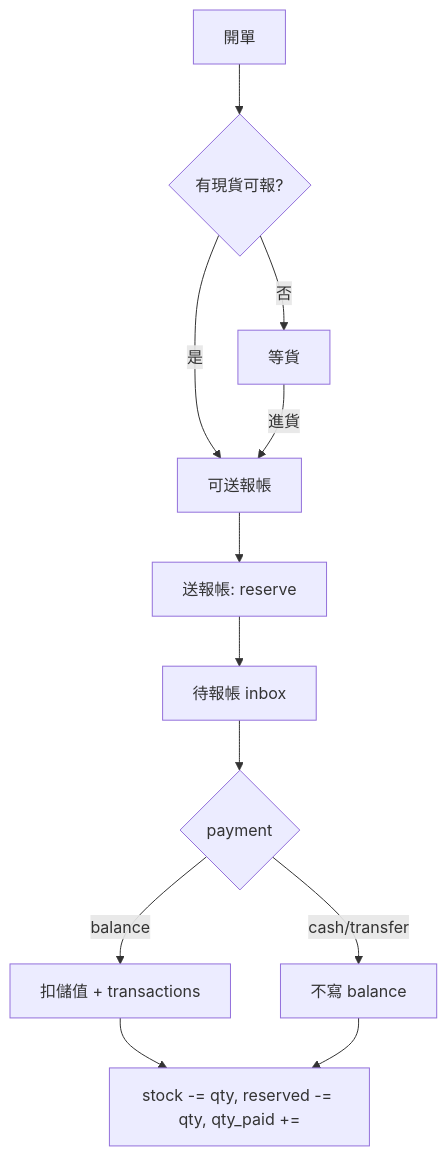
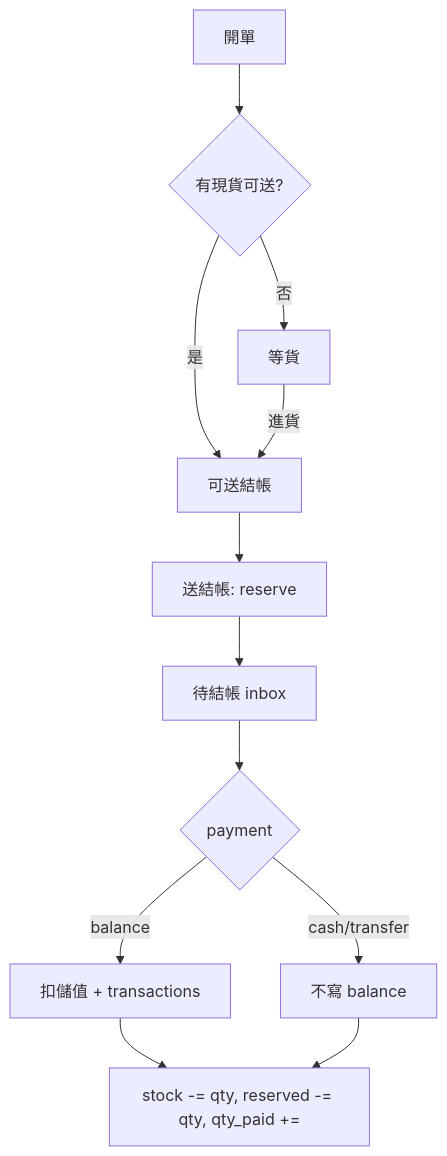
One commit to shmily1325/eswake-booking changed the diagram in docs/INTERNAL_ORDERS_PLAN.md. Above: the diagram before and after it, drawn with Mermaid. The commit also changed other lines of this file and 11 other files, not shown here.

````diff
--- a/docs/INTERNAL_ORDERS_PLAN.md
+++ b/docs/INTERNAL_ORDERS_PLAN.md
@@ -474,14 +479,14 @@
 ```mermaid
 flowchart TD
-  A[開單] --> B{有現貨可報?}
+  A[開單] --> B{有現貨可送?}
   B -->|否| C[等貨]
-  B -->|是| D[可送報帳]
+  B -->|是| D[可送結帳]
   C -->|進貨| D
-  D --> E[送報帳: reserve]
-  E --> F[待報帳 inbox]
+  D --> E[送結帳: reserve]
+  E --> F[待結帳 inbox]
   F --> G{payment}
   G -->|balance| H[扣儲值 + transactions]
   G -->|cash/transfer| I[不寫 balance]
   H --> J[stock -= qty, reserved -= qty, qty_paid +=]
   I --> J
 ```
````
